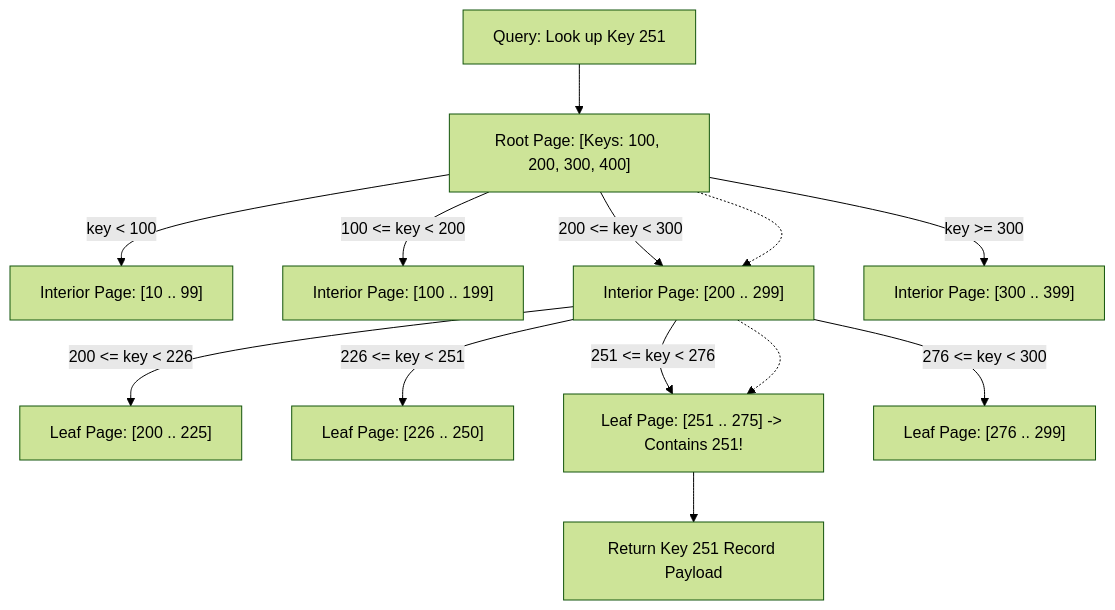
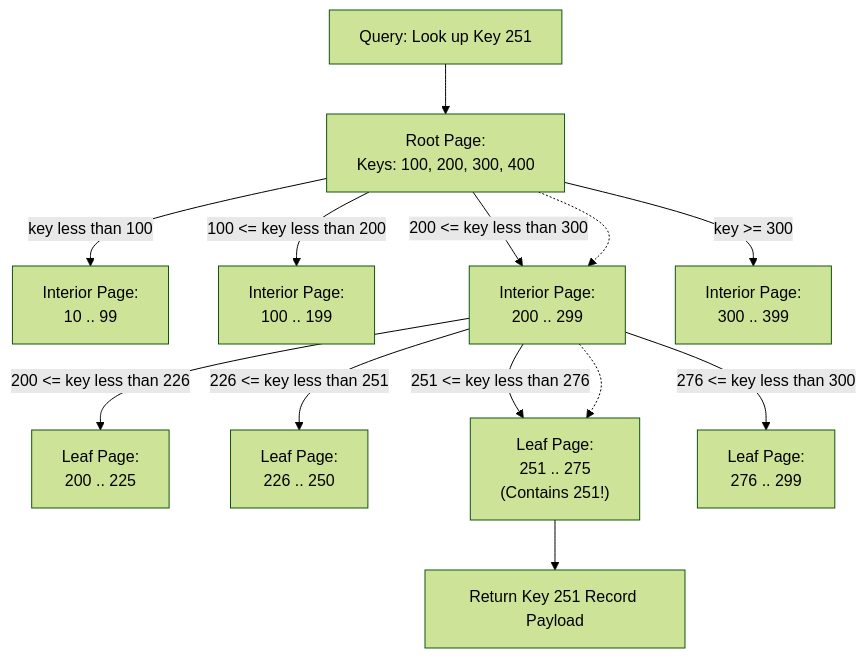
Before and after one commit to 1mimhe/books-summery: the fifth of 12 diagrams in 01 Designing Data-Intensive Applications/chapter-04-storage-and-retrieval.md, drawn with Mermaid (forest theme). The commit also changed other lines of this file and 1 other file, not shown here.

````diff
--- a/01 Designing Data-Intensive Applications/chapter-04-storage-and-retrieval.md
+++ b/01 Designing Data-Intensive Applications/chapter-04-storage-and-retrieval.md
@@ -441,29 +312,24 @@
 ```mermaid
 flowchart TD
-  ROOT["Root Page: [Keys: 100, 200, 300, 400]"]
-  
-  C1["Interior Page: [10 .. 99]"]
-  C2["Interior Page: [100 .. 199]"]
-  C3["Interior Page: [200 .. 299]"]
-  C4["Interior Page: [300 .. 399]"]
-
-  L1["Leaf Page: [200 .. 225]"]
-  L2["Leaf Page: [226 .. 250]"]
-  L3["Leaf Page: [251 .. 275] -> Contains 251!"]
-  L4["Leaf Page: [276 .. 299]"]
-
-  ROOT -->|"key < 100"| C1
-  ROOT -->|"100 <= key < 200"| C2
-  ROOT -->|"200 <= key < 300"| C3
+  ROOT["Root Page:<br/>Keys: 100, 200, 300, 400"]
+  C1["Interior Page:<br/>10 .. 99"]
+  C2["Interior Page:<br/>100 .. 199"]
+  C3["Interior Page:<br/>200 .. 299"]
+  C4["Interior Page:<br/>300 .. 399"]
+  L1["Leaf Page:<br/>200 .. 225"]
+  L2["Leaf Page:<br/>226 .. 250"]
+  L3["Leaf Page:<br/>251 .. 275<br/>(Contains 251!)"]
+  L4["Leaf Page:<br/>276 .. 299"]
+  ROOT -->|"key less than 100"| C1
+  ROOT -->|"100 <= key less than 200"| C2
+  ROOT -->|"200 <= key less than 300"| C3
   ROOT -->|"key >= 300"| C4
-
-  C3 -->|"200 <= key < 226"| L1
-  C3 -->|"226 <= key < 251"| L2
-  C3 -->|"251 <= key < 276"| L3
-  C3 -->|"276 <= key < 300"| L4
-
+  C3 -->|"200 <= key less than 226"| L1
+  C3 -->|"226 <= key less than 251"| L2
+  C3 -->|"251 <= key less than 276"| L3
+  C3 -->|"276 <= key less than 300"| L4
   TARGET["Query: Look up Key 251"] --> ROOT
   ROOT -.-> C3
   C3 -.-> L3
   L3 --> VAL["Return Key 251 Record Payload"]
 ```
````
